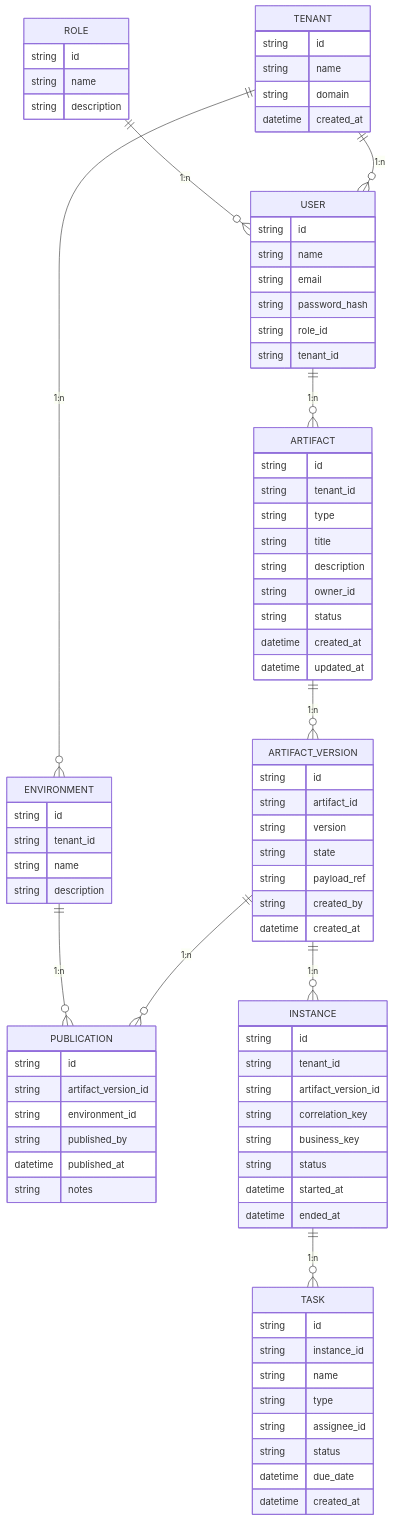
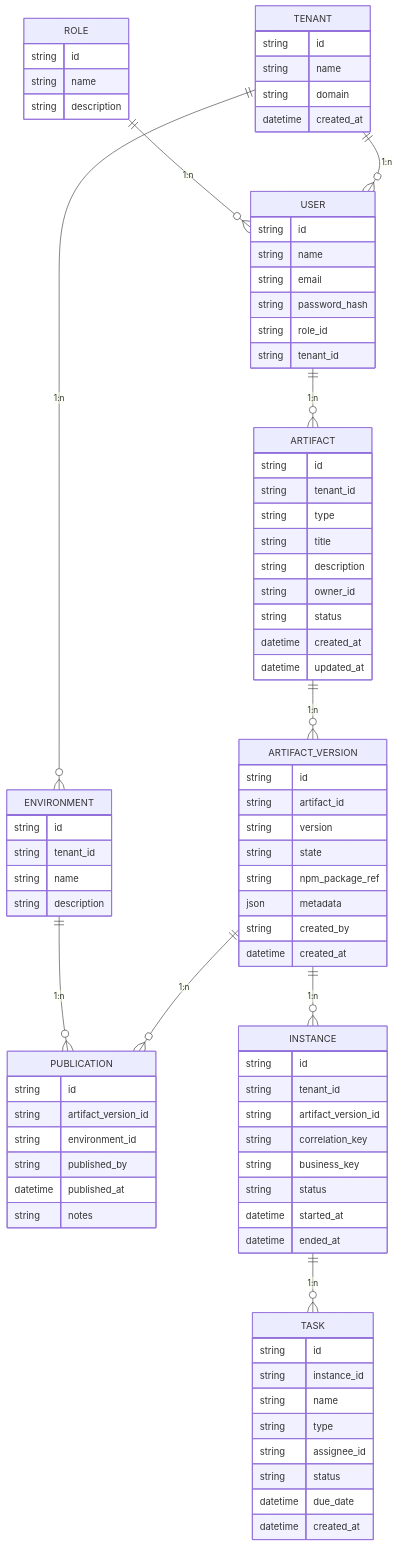
The diagram in documents/docs/phase0.md (pistillo/stillum-business-central), drawn with Mermaid before and after one commit. The commit also changed 72 other files, not shown here.

```diff
--- a/documents/docs/phase0.md
+++ b/documents/docs/phase0.md
@@ -59,7 +59,8 @@
         string artifact_id
         string version
         string state
-        string payload_ref
+        string npm_package_ref
+        json metadata
         string created_by
         datetime created_at
     }
```
